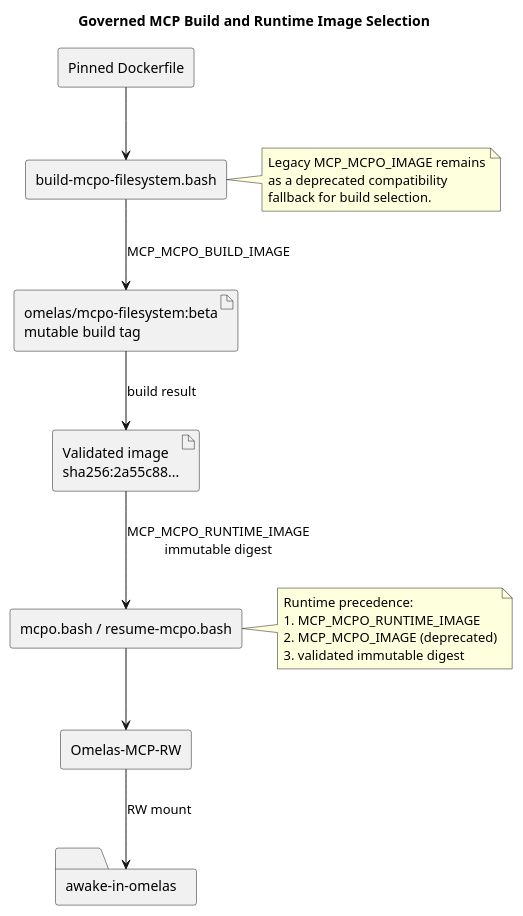
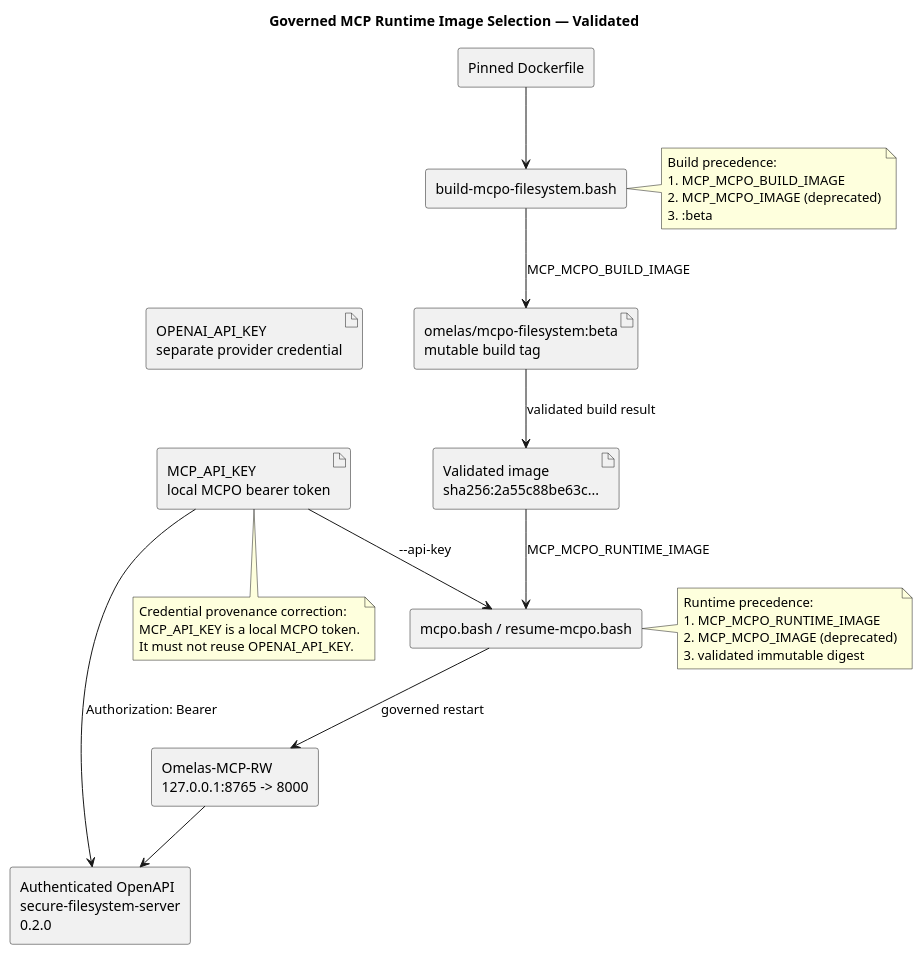
One commit to rirl/governed-mcp-runtime changed the diagram in docs/operations/mcp-runtime-image-selection.puml. Above: the diagram before and after it, drawn with PlantUML. The commit also changed 2 other files, not shown here.

Commit message:
chore(mcp): separate build and runtime image selection

```diff
--- a/docs/operations/mcp-runtime-image-selection.puml
+++ b/docs/operations/mcp-runtime-image-selection.puml
@@ -1,34 +1,46 @@
 @startuml
-title Governed MCP Build and Runtime Image Selection
+title Governed MCP Runtime Image Selection — Validated
 
 skinparam componentStyle rectangle
 skinparam shadowing false
 
 component "Pinned Dockerfile" as DF
 component "build-mcpo-filesystem.bash" as BUILD
 artifact "omelas/mcpo-filesystem:beta\nmutable build tag" as TAG
-artifact "Validated image\nsha256:2a55c88..." as IMG
+artifact "Validated image\nsha256:2a55c88be63c..." as IMG
 component "mcpo.bash / resume-mcpo.bash" as RUN
-component "Omelas-MCP-RW" as C
-folder "awake-in-omelas" as O
+component "Omelas-MCP-RW\n127.0.0.1:8765 -> 8000" as C
+component "Authenticated OpenAPI\nsecure-filesystem-server\n0.2.0" as API
+artifact "MCP_API_KEY\nlocal MCPO bearer token" as KEY
+artifact "OPENAI_API_KEY\nseparate provider credential" as OAI
 
 DF --> BUILD
 BUILD --> TAG : MCP_MCPO_BUILD_IMAGE
-TAG --> IMG : build result
-IMG --> RUN : MCP_MCPO_RUNTIME_IMAGE\nimmutable digest
-RUN --> C
-C --> O : RW mount
+TAG --> IMG : validated build result
+IMG --> RUN : MCP_MCPO_RUNTIME_IMAGE
+RUN --> C : governed restart
+KEY --> RUN : --api-key
+KEY --> API : Authorization: Bearer
+C --> API
+OAI -[hidden]-> KEY
 
 note right of BUILD
-Legacy MCP_MCPO_IMAGE remains
-as a deprecated compatibility
-fallback for build selection.
+Build precedence:
+1. MCP_MCPO_BUILD_IMAGE
+2. MCP_MCPO_IMAGE (deprecated)
+3. :beta
 end note
 
 note right of RUN
 Runtime precedence:
 1. MCP_MCPO_RUNTIME_IMAGE
 2. MCP_MCPO_IMAGE (deprecated)
 3. validated immutable digest
 end note
+
+note bottom of KEY
+Credential provenance correction:
+MCP_API_KEY is a local MCPO token.
+It must not reuse OPENAI_API_KEY.
+end note
 @enduml
```
